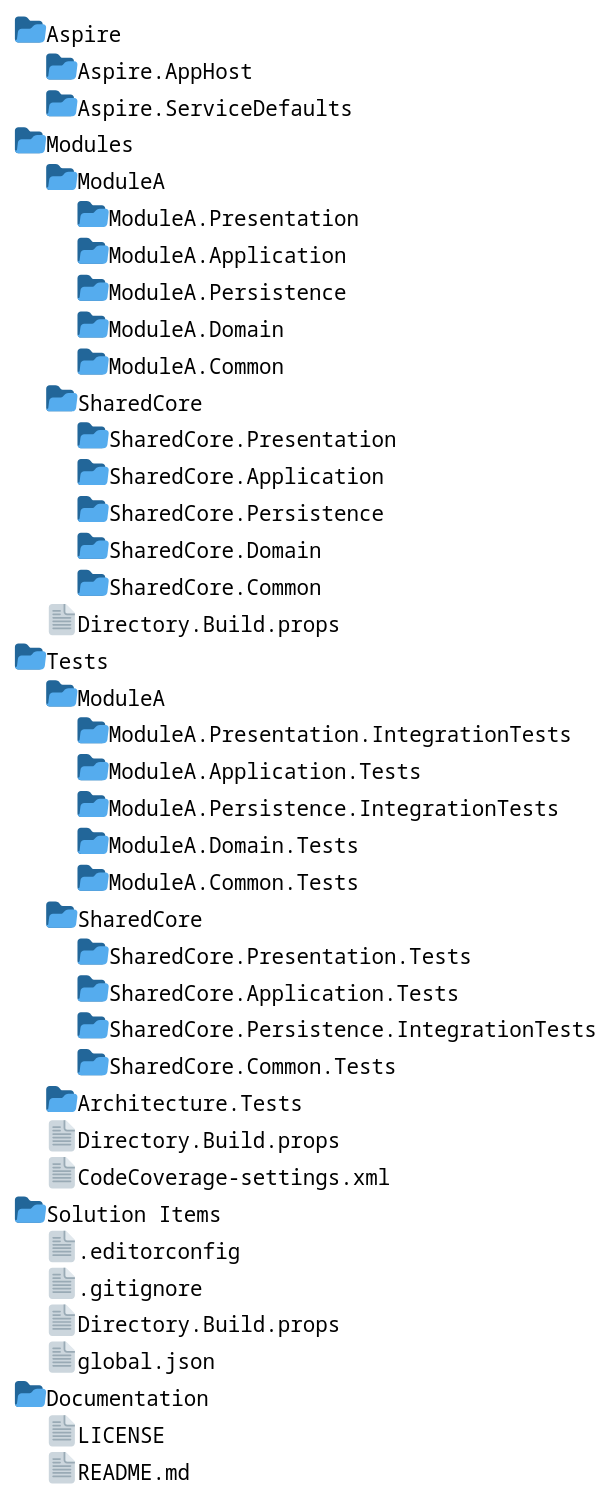
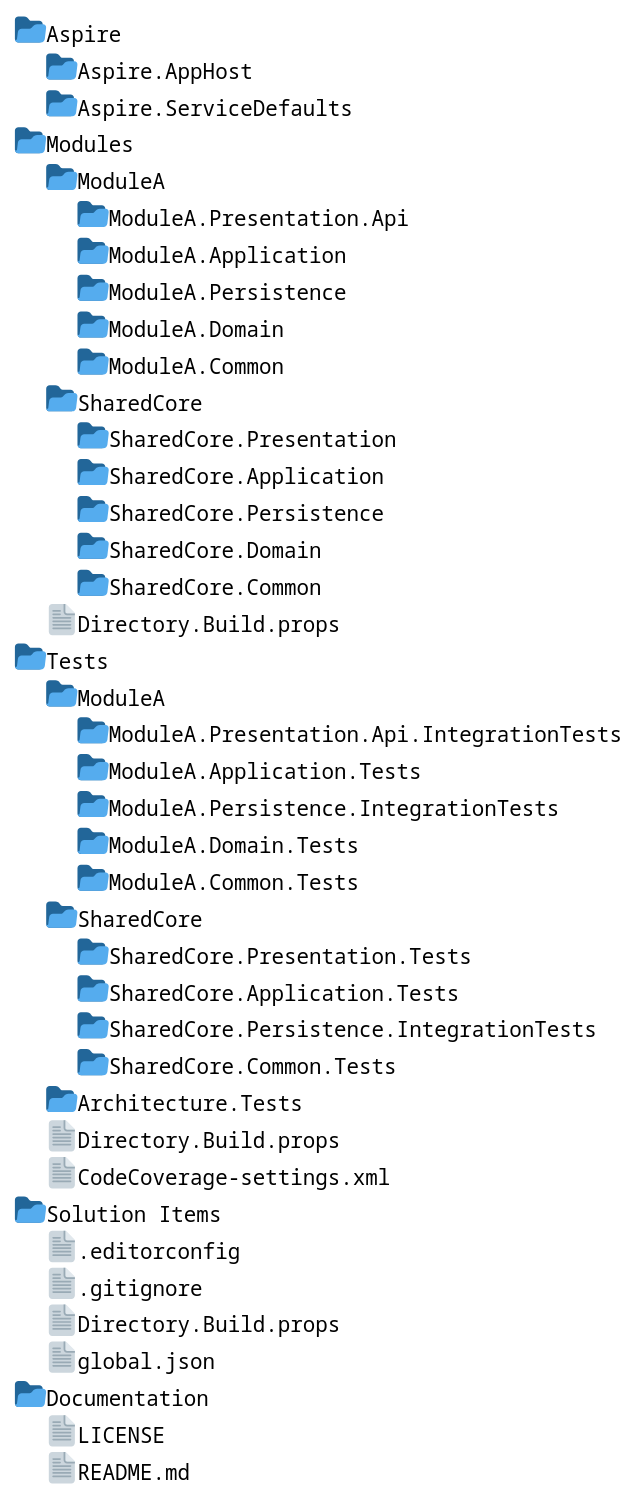
One commit to p-martinho/Modular.Api.Template changed the diagram in docs/SolutionFolders.pu. Above: the diagram before and after it, drawn with PlantUML. The commit also changed 132 other files, not shown here.

```diff
--- a/docs/SolutionFolders.pu
+++ b/docs/SolutionFolders.pu
@@ -1,35 +1,35 @@
 @startfiles
 
 /Aspire/Aspire.AppHost/
 /Aspire/Aspire.ServiceDefaults/
-/Modules/ModuleA/ModuleA.Presentation/
+/Modules/ModuleA/ModuleA.Presentation.Api/
 /Modules/ModuleA/ModuleA.Application/
 /Modules/ModuleA/ModuleA.Persistence/
 /Modules/ModuleA/ModuleA.Domain/
 /Modules/ModuleA/ModuleA.Common/
 /Modules/SharedCore/SharedCore.Presentation/
 /Modules/SharedCore/SharedCore.Application/
 /Modules/SharedCore/SharedCore.Persistence/
 /Modules/SharedCore/SharedCore.Domain/
 /Modules/SharedCore/SharedCore.Common/
 /Modules/Directory.Build.props
-/Tests/ModuleA/ModuleA.Presentation.IntegrationTests/
+/Tests/ModuleA/ModuleA.Presentation.Api.IntegrationTests/
 /Tests/ModuleA/ModuleA.Application.Tests/
 /Tests/ModuleA/ModuleA.Persistence.IntegrationTests/
 /Tests/ModuleA/ModuleA.Domain.Tests/
 /Tests/ModuleA/ModuleA.Common.Tests/
 /Tests/SharedCore/SharedCore.Presentation.Tests/
 /Tests/SharedCore/SharedCore.Application.Tests/
 /Tests/SharedCore/SharedCore.Persistence.IntegrationTests/
 /Tests/SharedCore/SharedCore.Common.Tests/
 /Tests/Architecture.Tests/
 /Tests/Directory.Build.props
 /Tests/CodeCoverage-settings.xml
 /Solution Items/.editorconfig
 /Solution Items/.gitignore
 /Solution Items/Directory.Build.props
 /Solution Items/global.json
 /Documentation/LICENSE
 /Documentation/README.md
 
 @endfiles
```
